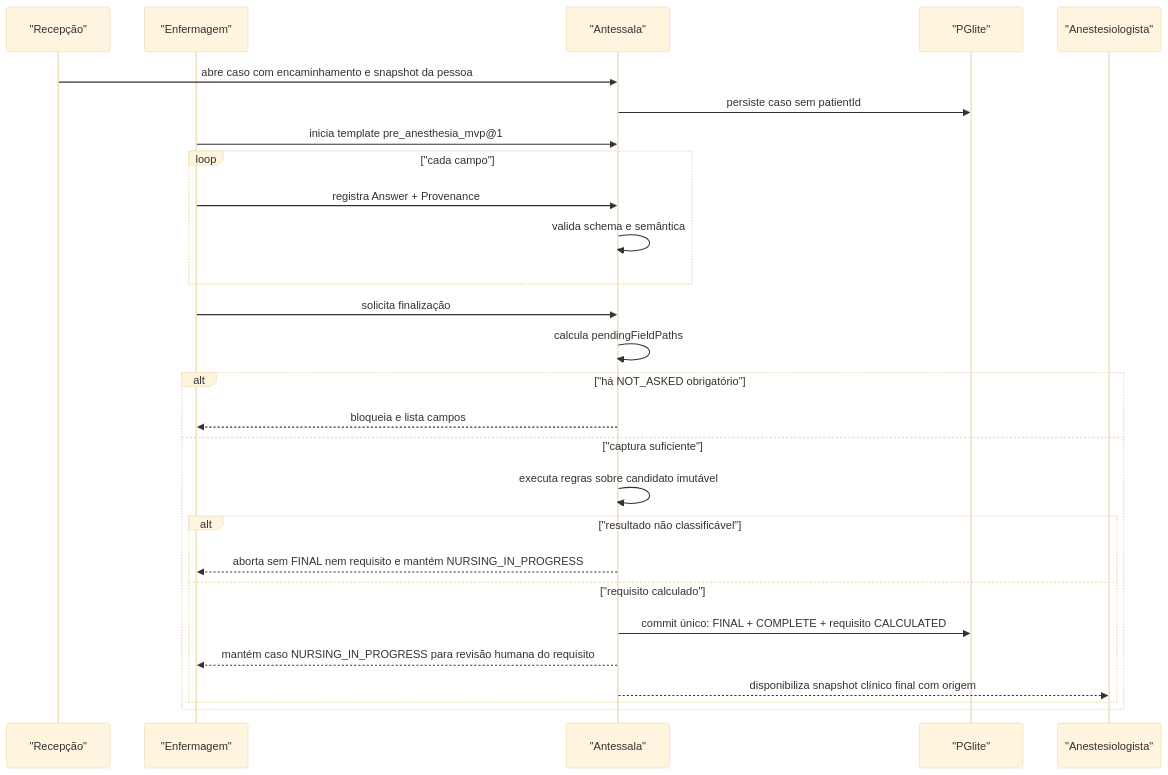
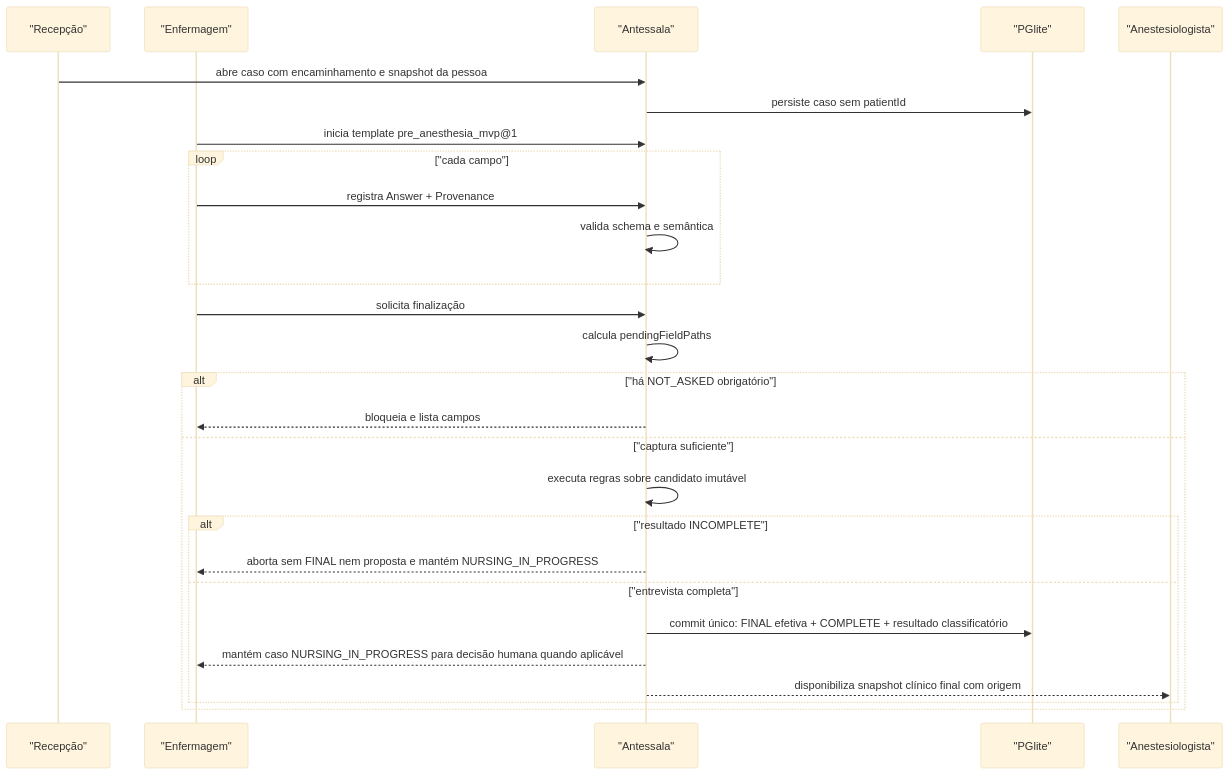
Before and after one commit to nmarcofernandess/antessala: the diagram in hack/domains/ANALYST-anamnese-e-catalogos.md, drawn with Mermaid (base theme). The commit also changed other lines of this file and 10 other files, not shown here.

````diff
--- a/hack/domains/ANALYST-anamnese-e-catalogos.md
+++ b/hack/domains/ANALYST-anamnese-e-catalogos.md
@@ -752,30 +756,30 @@
 ```mermaid
 sequenceDiagram
   participant R as "Recepção"
   participant N as "Enfermagem"
   participant A as "Antessala"
   participant DB as "PGlite"
   participant M as "Anestesiologista"
 
   R->>A: abre caso com encaminhamento e snapshot da pessoa
   A->>DB: persiste caso sem patientId
   N->>A: inicia template pre_anesthesia_mvp@1
   loop "cada campo"
     N->>A: registra Answer + Provenance
     A->>A: valida schema e semântica
   end
   N->>A: solicita finalização
   A->>A: calcula pendingFieldPaths
   alt "há NOT_ASKED obrigatório"
     A-->>N: bloqueia e lista campos
   else "captura suficiente"
     A->>A: executa regras sobre candidato imutável
-    alt "resultado não classificável"
-      A-->>N: aborta sem FINAL nem requisito e mantém NURSING_IN_PROGRESS
-    else "requisito calculado"
-      A->>DB: commit único: FINAL + COMPLETE + requisito CALCULATED
-      A-->>N: mantém caso NURSING_IN_PROGRESS para revisão humana do requisito
+    alt "resultado INCOMPLETE"
+      A-->>N: aborta sem FINAL nem proposta e mantém NURSING_IN_PROGRESS
+    else "entrevista completa"
+      A->>DB: commit único: FINAL efetiva + COMPLETE + resultado classificatório
+      A-->>N: mantém caso NURSING_IN_PROGRESS para decisão humana quando aplicável
       A-->>M: disponibiliza snapshot clínico final com origem
     end
   end
 ```
````
